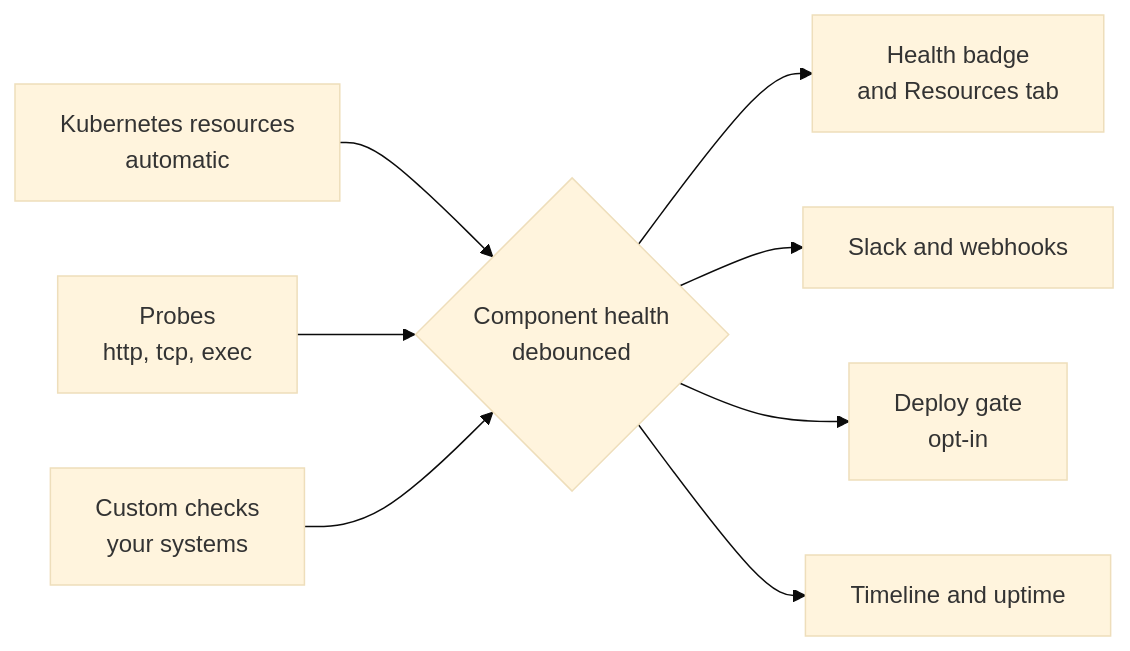
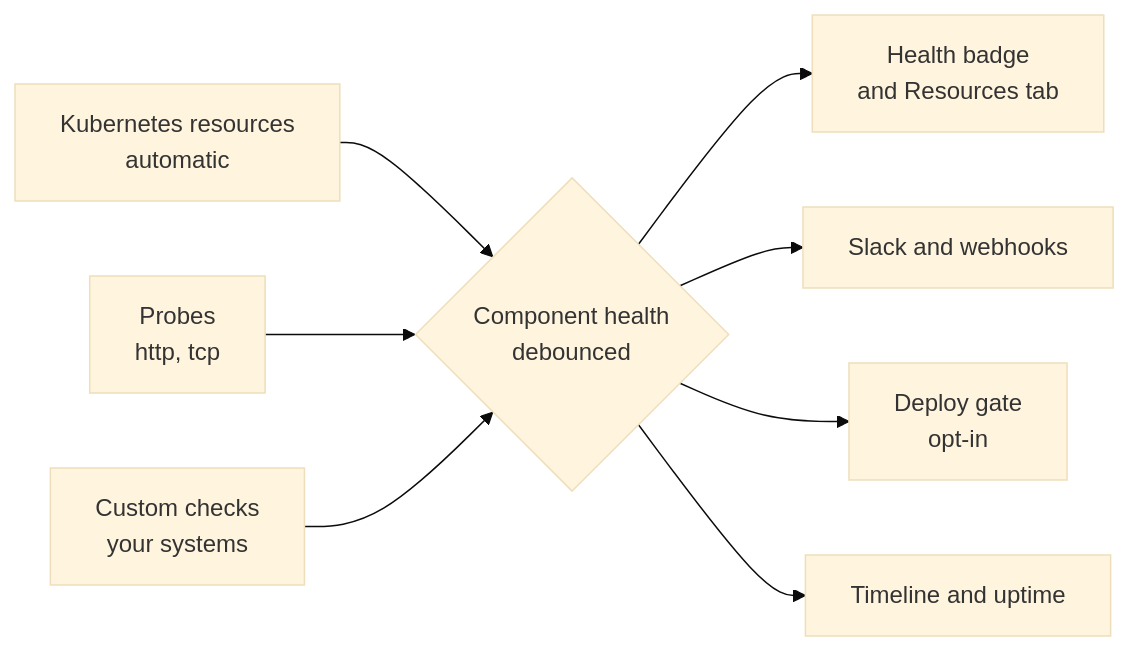
Before and after one commit to nuonco/nuon: the first of 2 diagrams in docs/guides/health-checks.mdx, drawn with Mermaid (base theme). The commit also changed other lines of this file and 11 other files, not shown here.

Commit message:
drop exec health probes

````diff
--- a/docs/guides/health-checks.mdx
+++ b/docs/guides/health-checks.mdx
@@ -67,13 +67,13 @@
 ```mermaid
 flowchart LR
     v{"Component health<br/>debounced"}
 
     k8s["Kubernetes resources<br/>automatic"] --> v
-    probes["Probes<br/>http, tcp, exec"] --> v
+    probes["Probes<br/>http, tcp"] --> v
     custom["Custom checks<br/>your systems"] --> v
 
     v --> badge["Health badge<br/>and Resources tab"]
     v --> alerts["Slack and webhooks"]
     v --> gate["Deploy gate<br/>opt-in"]
     v --> history["Timeline and uptime"]
 ```
````
